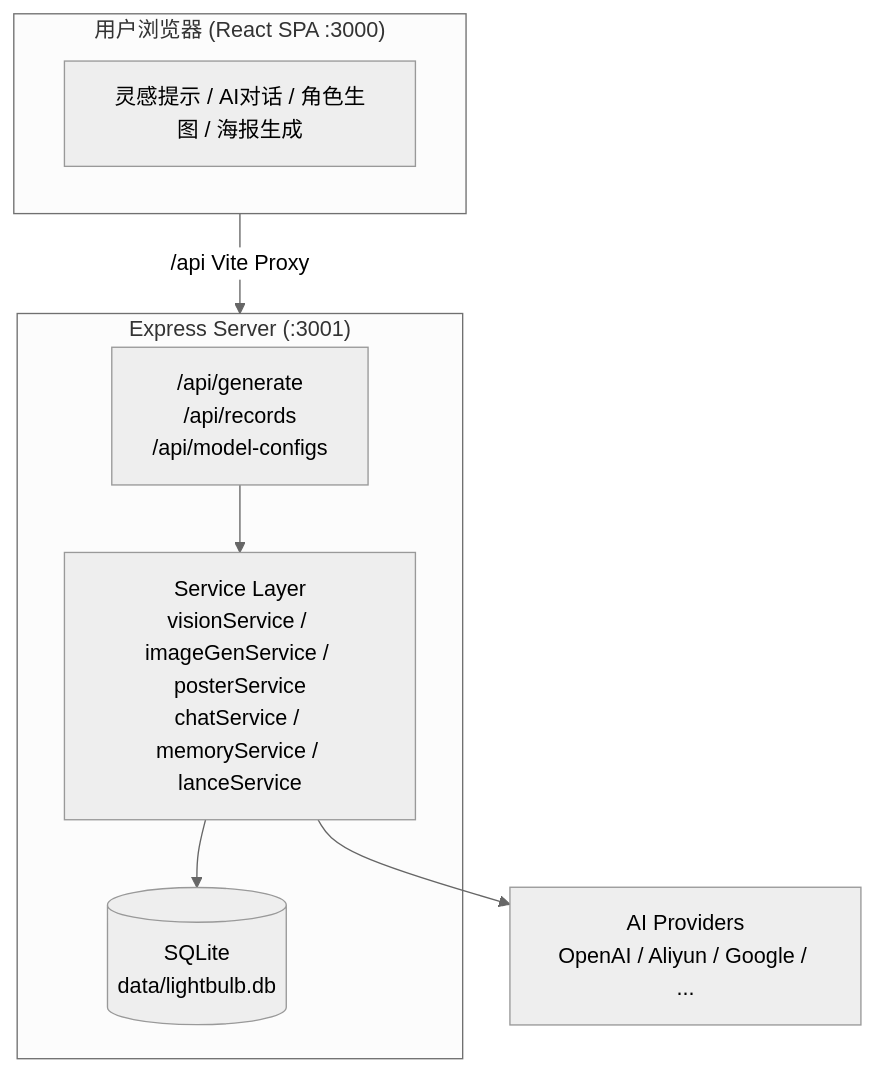
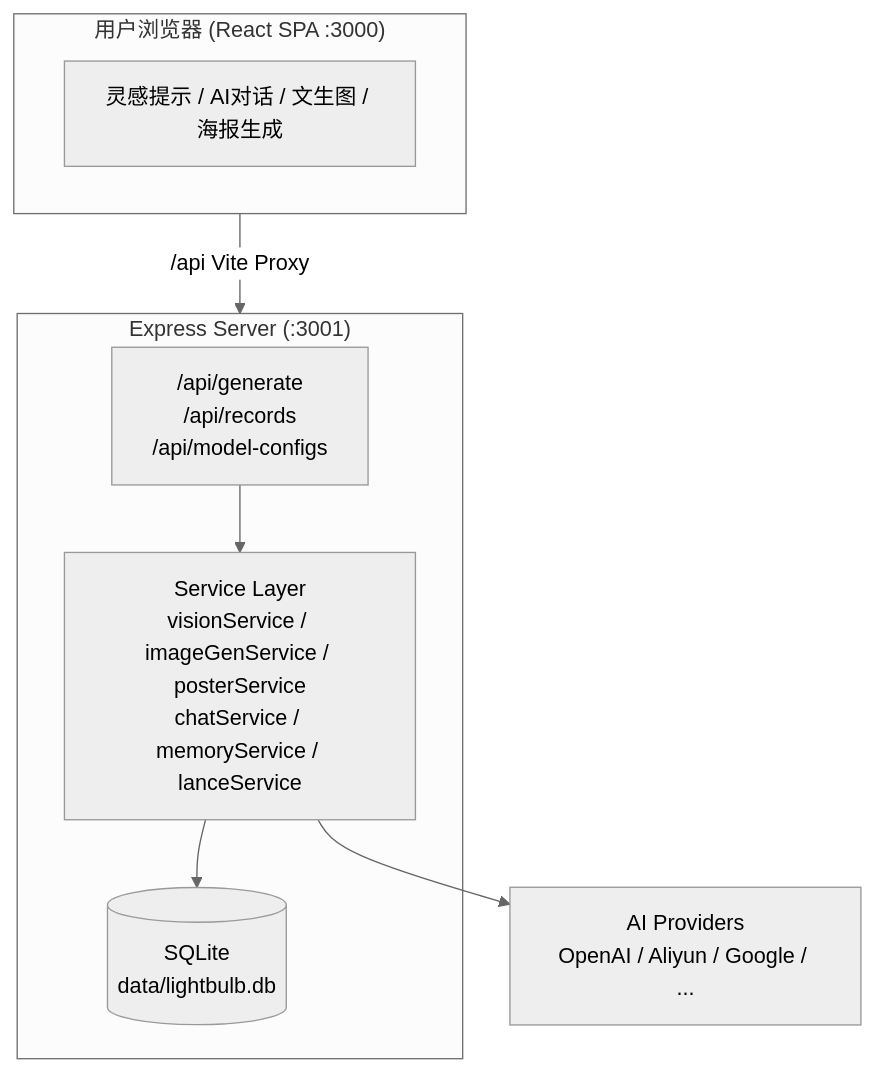
The first of 8 diagrams in DEVELOPER.md (LavaTap/Lightbulb-AI), drawn with Mermaid (neutral theme) before and after one commit. The commit also changed other lines of this file and 40 other files, not shown here.

Commit message:
新增token统计图 角色提示词支持三视图提示词输出。

````diff
--- a/DEVELOPER.md
+++ b/DEVELOPER.md
@@ -59,16 +59,16 @@
 ```mermaid
 graph TB
     subgraph Browser["用户浏览器 (React SPA :3000)"]
-        Pages["灵感提示 / AI对话 / 角色生图 / 海报生成"]
+        Pages["灵感提示 / AI对话 / 文生图 / 海报生成"]
     end
     Browser -->|"/api" Vite Proxy| Server["Express Server (:3001)"]
     
     subgraph Server["Express Server (:3001)"]
         Routes["/api/generate<br/>/api/records<br/>/api/model-configs"]
         Services["Service Layer<br/>visionService / imageGenService / posterService<br/>chatService / memoryService / lanceService"]
         DB[("SQLite<br/>data/lightbulb.db")]
         Routes --> Services --> DB
     end
     
     Services --> AI["AI Providers<br/>OpenAI / Aliyun / Google / ..."]
 ```
````
